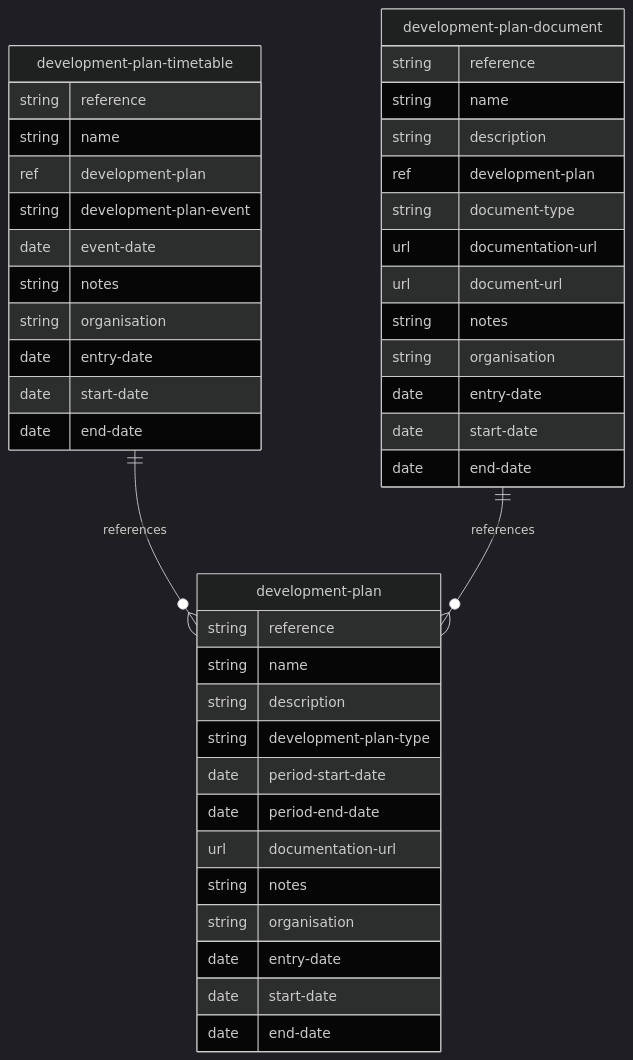
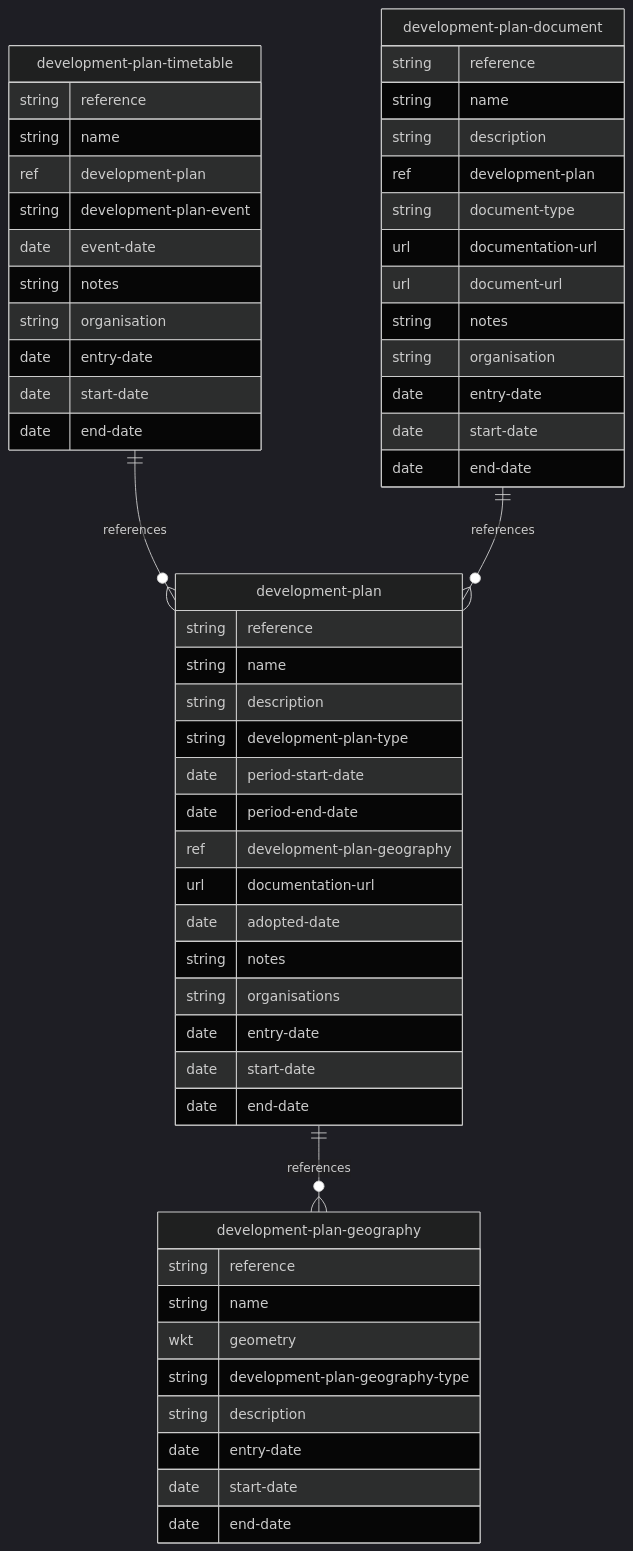
The diagram in mermaid/development-plan.md (digital-land/specification), drawn with Mermaid (dark theme) before and after one commit. The commit also changed 5 other files, not shown here.

Commit message:
Rebuilt docs mermaid

````diff
--- a/mermaid/development-plan.md
+++ b/mermaid/development-plan.md
@@ -4,45 +4,58 @@
 ```mermaid
 erDiagram
     development-plan {
         string reference
         string name
         string description
         string development-plan-type
         date period-start-date
         date period-end-date
+        ref development-plan-geography
         url documentation-url
+        date adopted-date
         string notes
-        string organisation
+        string organisations
         date entry-date
         date start-date
         date end-date
     }
     development-plan-timetable {
         string reference
         string name
         ref development-plan
         string development-plan-event
         date event-date
         string notes
         string organisation
         date entry-date
         date start-date
         date end-date
     }
     development-plan-document {
         string reference
         string name
         string description
         ref development-plan
         string document-type
         url documentation-url
         url document-url
         string notes
         string organisation
         date entry-date
         date start-date
         date end-date
     }
+    development-plan-geography {
+        string reference
+        string name
+        wkt geometry
+        string development-plan-geography-type
+        string description
+        date entry-date
+        date start-date
+        date end-date
+    }
+    development-plan ||--o{ development-plan-geography : references
     development-plan-timetable ||--o{ development-plan : references
     development-plan-document ||--o{ development-plan : references
 ```
````
